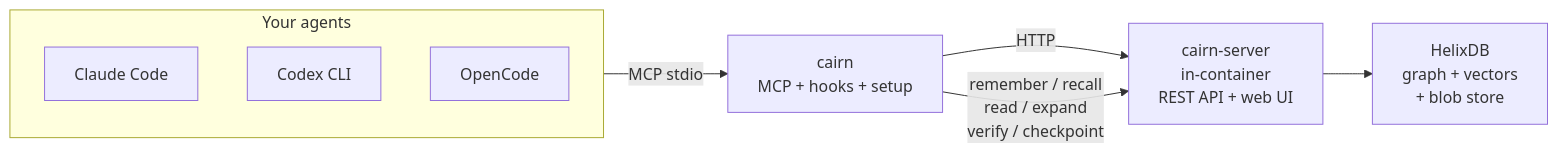
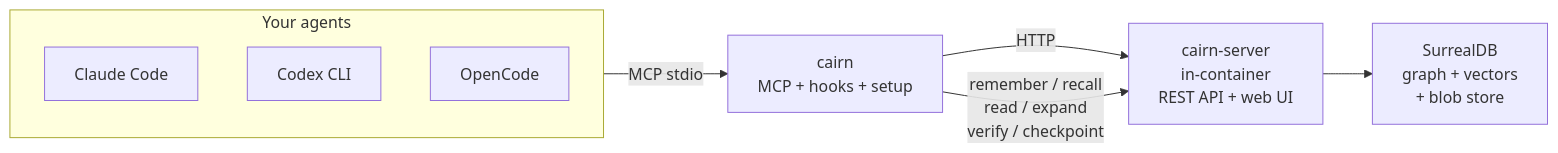
The diagram in README.md (Vellixia/Cairn), drawn with Mermaid before and after one commit. The commit also changed other lines of this file and 50 other files, not shown here.

````diff
--- a/README.md
+++ b/README.md
@@ -24,18 +24,18 @@
 ```mermaid
 flowchart LR
     subgraph Agents["Your agents"]
         CC["Claude Code"]
         CX["Codex CLI"]
         OC["OpenCode"]
     end
 
     CLI["cairn<br/>MCP + hooks + setup"]
     Server["cairn-server<br/>in-container<br/>REST API + web UI"]
-    Store["HelixDB<br/>graph + vectors<br/>+ blob store"]
+    Store["SurrealDB<br/>graph + vectors<br/>+ blob store"]
 
     Agents -->|"MCP stdio"| CLI
     CLI -->|"HTTP"| Server
     Server --> Store
 
     CLI -->|"remember / recall<br/>read / expand<br/>verify / checkpoint"| Server
 ```
````
